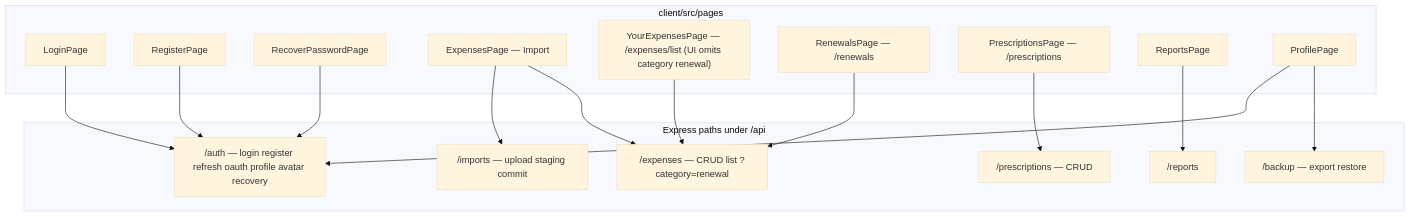
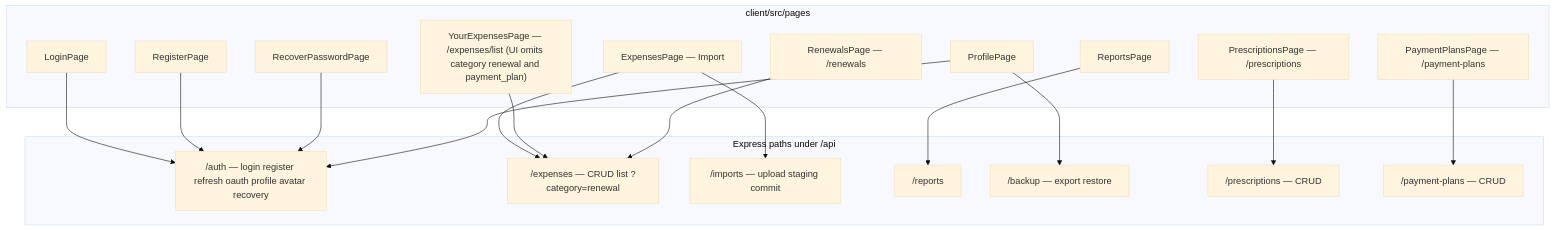
Before and after one commit to becomeonewiththecode/expense_tracker: the eighth of 18 diagrams in docs/ARCHITECTURE_DIAGRAM.md, drawn with Mermaid (base theme). The commit also changed other lines of this file and 21 other files, not shown here.

First line of the commit message:
Add Payment Plan workflows and unify list experiences.

````diff
--- a/docs/ARCHITECTURE_DIAGRAM.md
+++ b/docs/ARCHITECTURE_DIAGRAM.md
@@ -265,35 +274,38 @@
 ```mermaid
 flowchart TB
   subgraph pages [client/src/pages]
     LP[LoginPage]
     RP[RegisterPage]
     Rcv[RecoverPasswordPage]
     EP[ExpensesPage — Import]
-    YEP["YourExpensesPage — /expenses/list (UI omits category renewal)"]
+    YEP["YourExpensesPage — /expenses/list (UI omits category renewal and payment_plan)"]
     NRP[RenewalsPage — /renewals]
     PSP[PrescriptionsPage — /prescriptions]
+    PPP[PaymentPlansPage — /payment-plans]
     RPg[ReportsPage]
     PP[ProfilePage]
   end
 
   subgraph api [Express paths under /api]
     A1["/auth — login register refresh oauth profile avatar recovery"]
     A2["/expenses — CRUD list ?category=renewal"]
     A3["/imports — upload staging commit"]
     A4["/reports"]
     A5["/backup — export restore"]
     A6["/prescriptions — CRUD"]
+    A7["/payment-plans — CRUD"]
   end
 
   LP --> A1
   RP --> A1
   Rcv --> A1
   PP --> A1
   PP --> A5
   EP --> A3
   EP --> A2
   YEP --> A2
   NRP --> A2
   PSP --> A6
+  PPP --> A7
   RPg --> A4
 ```
````
